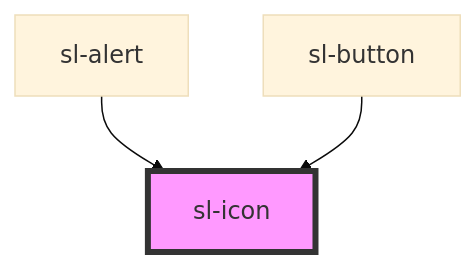
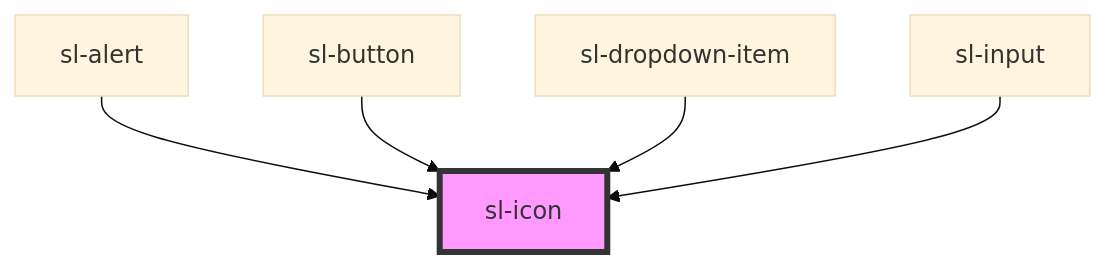
The diagram in src/components/icon/readme.md (shoelace-style/shoelace), drawn with Mermaid (base theme) before and after one commit. The commit also changed other lines of this file and 20 other files, not shown here.

````diff
--- a/src/components/icon/readme.md
+++ b/src/components/icon/readme.md
@@ -40,6 +43,8 @@
 ```mermaid
 graph TD;
   sl-alert --> sl-icon
   sl-button --> sl-icon
+  sl-dropdown-item --> sl-icon
+  sl-input --> sl-icon
   style sl-icon fill:#f9f,stroke:#333,stroke-width:4px
 ```
````
